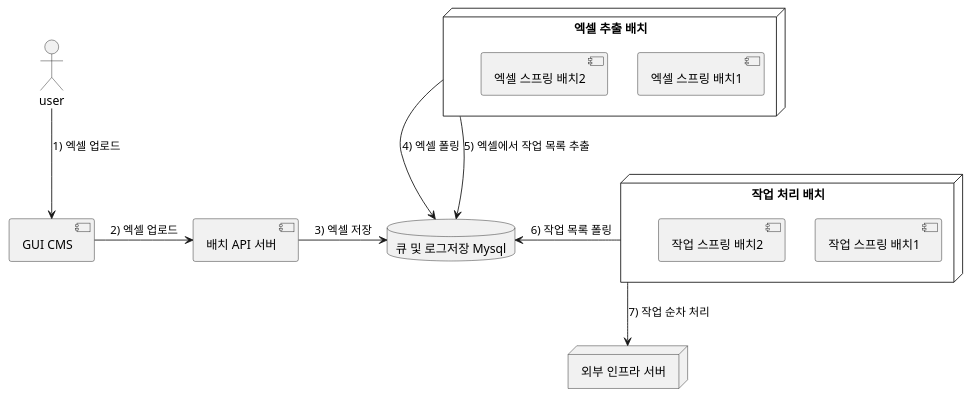
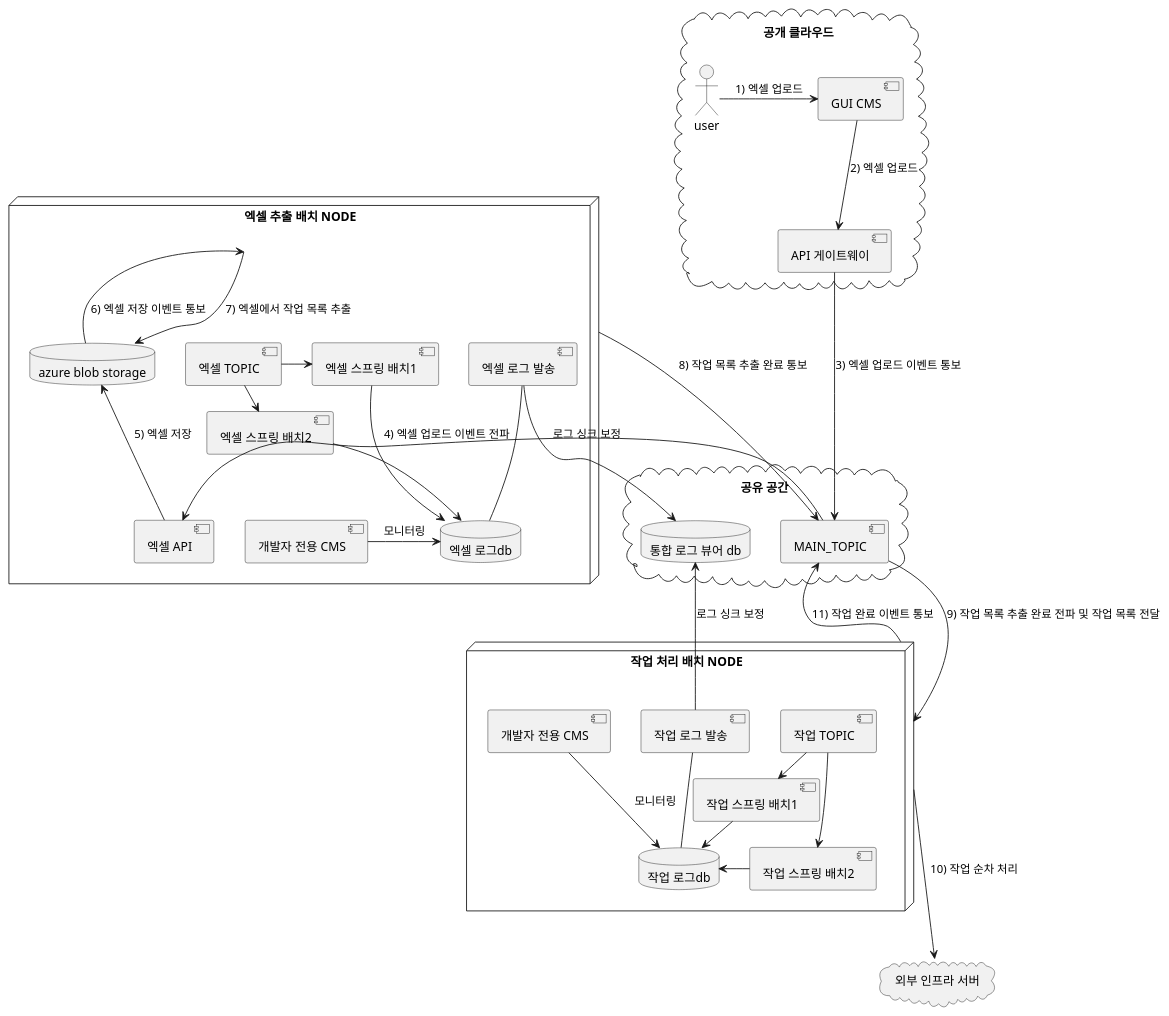
Before and after one commit to glqdlt/glqdlt.github.io: the diagram in arch/001_excel_bulk_batch/2_legacy.puml, drawn with PlantUML. The commit also changed 4 other files, not shown here.

```diff
--- a/arch/001_excel_bulk_batch/2_legacy.puml
+++ b/arch/001_excel_bulk_batch/2_legacy.puml
@@ -1,26 +1,59 @@
 @startuml
 
+cloud "공개 클라우드"{
 actor user as u
 component "GUI CMS" as cms
-component "배치 API 서버" as eas
-database "큐 및 로그저장 Mysql" as db
-node "엑셀 추출 배치" as en{
-    component "엑셀 스프링 배치1"
-    component "엑셀 스프링 배치2"
+component "API 게이트웨이" as eas
 }
-node "작업 처리 배치" as psn{
-    component "작업 스프링 배치1"
-    component "작업 스프링 배치2"
+cloud "공유 공간"{
+    component "MAIN_TOPIC" as asb
+    database "통합 로그 뷰어 db" as total_log_db
+}
+node "엑셀 추출 배치 NODE" as en{
+    component "엑셀 API" as en_api
+    database "azure blob storage" as db
+    component "엑셀 TOPIC" as q1
+    component "엑셀 스프링 배치1" as en_1
+    component "엑셀 스프링 배치2" as en_2
+    component "엑셀 로그 발송" as en_log
+    component "개발자 전용 CMS" as en_cms
+    database "엑셀 로그db" as log_db
+    en_cms -> log_db : 모니터링
+    q1 -> en_1
+    q1 -> en_2 : 123
+    en_1 --> log_db
+    en_2 -> log_db
+    en_log -- log_db
+    en_log --> total_log_db : 로그 싱크 보정
+}
+node "작업 처리 배치 NODE" as psn{
+    component "작업 TOPIC" as q2
+    component "작업 스프링 배치1" as psn_b_1
+    component "작업 스프링 배치2" as psn_b_2
+    component "작업 로그 발송" as psn_log
+    component "개발자 전용 CMS" as psn_cms
+    database "작업 로그db" as log_db2
+    psn_cms --> log_db2 : 모니터링
+    log_db2 <- psn_b_2
+    q2 -> psn_b_1
+    q2 --> psn_b_2
+    psn_b_1 -> log_db2
+    total_log_db <-- psn_log : 로그 싱크 보정
+    psn_log -- log_db2
 }
 
-node "외부 인프라 서버" as eps
 
-u --> cms : 1) 엑셀 업로드
-cms -> eas : 2) 엑셀 업로드
-eas -> db : 3) 엑셀 저장
-en -> db : 4) 엑셀 폴링
-en --> db : 5) 엑셀에서 작업 목록 추출
-psn -> db : 6) 작업 목록 폴링
-psn --> eps : 7) 작업 순차 처리
+cloud "외부 인프라 서버" as eps
 
+u -> cms : 1) 엑셀 업로드
+cms --> eas : 2) 엑셀 업로드
+eas ---> asb: 3) 엑셀 업로드 이벤트 통보
+asb --> en_api : 4) 엑셀 업로드 이벤트 전파
+db <-- en_api : 5) 엑셀 저장
+db -> en : 6) 엑셀 저장 이벤트 통보
+en --> db : 7) 엑셀에서 작업 목록 추출
+en ---> asb : 8) 작업 목록 추출 완료 통보
+asb --> psn : 9) 작업 목록 추출 완료 전파 및 작업 목록 전달
+psn ---> eps : 10) 작업 순차 처리
+psn --> asb : 11) 작업 완료 이벤트 통보
 @enduml
```
